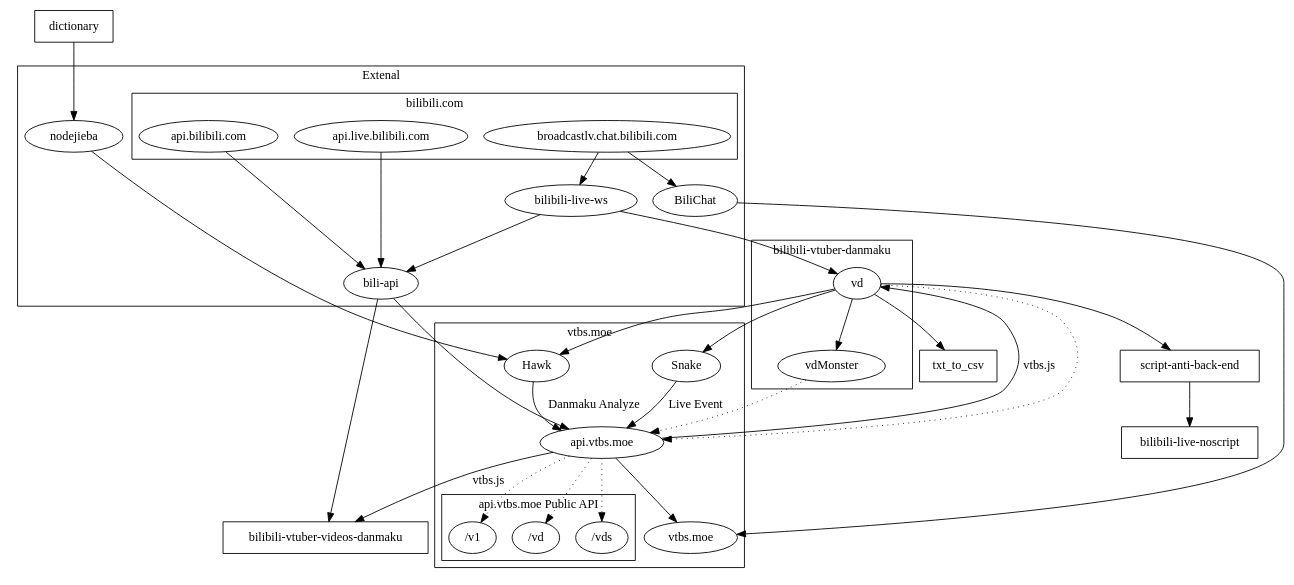
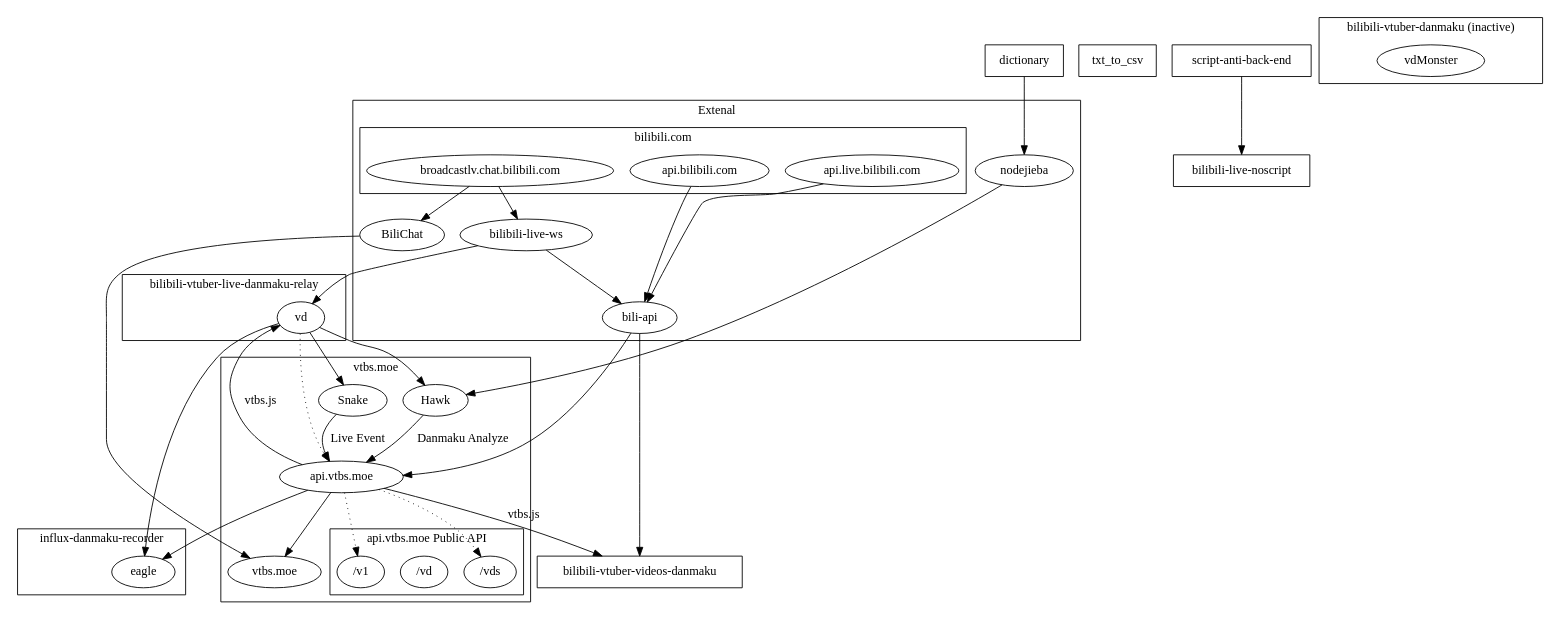
The diagram in dependency.dot (dd-center/dd-center.github.io), drawn with Graphviz before and after one commit. The commit also changed 1 other file, not shown here.

```diff
--- a/dependency.dot
+++ b/dependency.dot
@@ -1,65 +1,78 @@
 digraph {
 	dictionary [shape=box];
 	txt_to_csv [shape=box];
 	"bilibili-live-noscript" [shape=box];
 	"bilibili-vtuber-videos-danmaku" [shape=box];
 	"script-anti-back-end" [shape=box];
 	/* "danmaku-analyze"; */
 	subgraph "cluster_bilibili_package" {
 		label = "Extenal";
 		"bili-api";
 		"bilibili-live-ws";
 		BiliChat;
 		nodejieba;
 		subgraph "cluster_bilibili-" {
 			label = "bilibili.com";
 			"api.bilibili.com";
 			"api.live.bilibili.com";
 			"broadcastlv.chat.bilibili.com";
 		}
 	}
 	subgraph "cluster_vtbs.moe" {
 		label="vtbs.moe";
 		"api.vtbs.moe";
 		Hawk;
 		Snake;
 		Snake -> "api.vtbs.moe"  [ label = "Live Event" ];
 		Hawk -> "api.vtbs.moe" [ label = "Danmaku Analyze" ];
 		"api.vtbs.moe" -> "vtbs.moe"
 		subgraph "cluster_open_api" {
 			label = "api.vtbs.moe Public API";
 			"/v1";
 			"/vd";
 			"/vds";
 		}
 	}
 	subgraph "cluster_bilibili-vtuber-danmaku" {
-		label = "bilibili-vtuber-danmaku";
+		label = "bilibili-vtuber-danmaku (inactive)";
+		vdMonster;
+	}
+	subgraph "cluster_bilibili-vtuber-danmaku-relay" {
+		label = "bilibili-vtuber-live-danmaku-relay";
 		vd;
-		vdMonster;
+	}
+	subgraph "cluster_influx-bilibili-vtuber-danmaku" {
+		label = "influx-danmaku-recorder";
+		eagle;
 	}
 	"api.bilibili.com" -> "bili-api";
 	"api.live.bilibili.com" -> "bili-api";
 	"bilibili-live-ws" -> "bili-api" -> "api.vtbs.moe";
 	"broadcastlv.chat.bilibili.com" -> "bilibili-live-ws" -> vd;
 	"api.vtbs.moe" -> vd [ label = "vtbs.js" ];
 	"api.vtbs.moe" -> "bilibili-vtuber-videos-danmaku" [ label = "vtbs.js" ];
 	"bili-api" -> "bilibili-vtuber-videos-danmaku";
-	vd -> vdMonster;
+	/* vd -> vdMonster; */
 	vd -> Hawk;
 	vd -> Snake;
+	vd -> eagle;
+	"api.vtbs.moe" -> eagle;
+
 	dictionary -> nodejieba;
 	nodejieba -> Hawk;
 	/* nodejieba -> vdMonster; */
-	vd -> txt_to_csv;
-	vd -> "script-anti-back-end" -> "bilibili-live-noscript";
+	/* vd -> txt_to_csv; */
+	/* vd -> "script-anti-back-end" */
+	"script-anti-back-end" -> "bilibili-live-noscript";
 	"broadcastlv.chat.bilibili.com" -> BiliChat -> "vtbs.moe";
 
 	vd -> "api.vtbs.moe" [style=dotted];
-	vdMonster -> "api.vtbs.moe" -> "/v1" [style=dotted];
-	"api.vtbs.moe" -> "/vd" [style=dotted];
+	/* vd -> "/vds"; */
+	/* vdMonster -> "api.vtbs.moe" */
+	"api.vtbs.moe" -> "/v1" [style=dotted];
+	/* "api.vtbs.moe" -> "/vd" [style=dotted]; */
 	"api.vtbs.moe" -> "/vds" [style=dotted];
 
 	/* "bilibili-vtuber-videos-danmaku" -> "danmaku-analyze"; */
 	/* vdMonster -> "danmaku-analyze" -> "api.vtbs.moe"; */
 }
```
